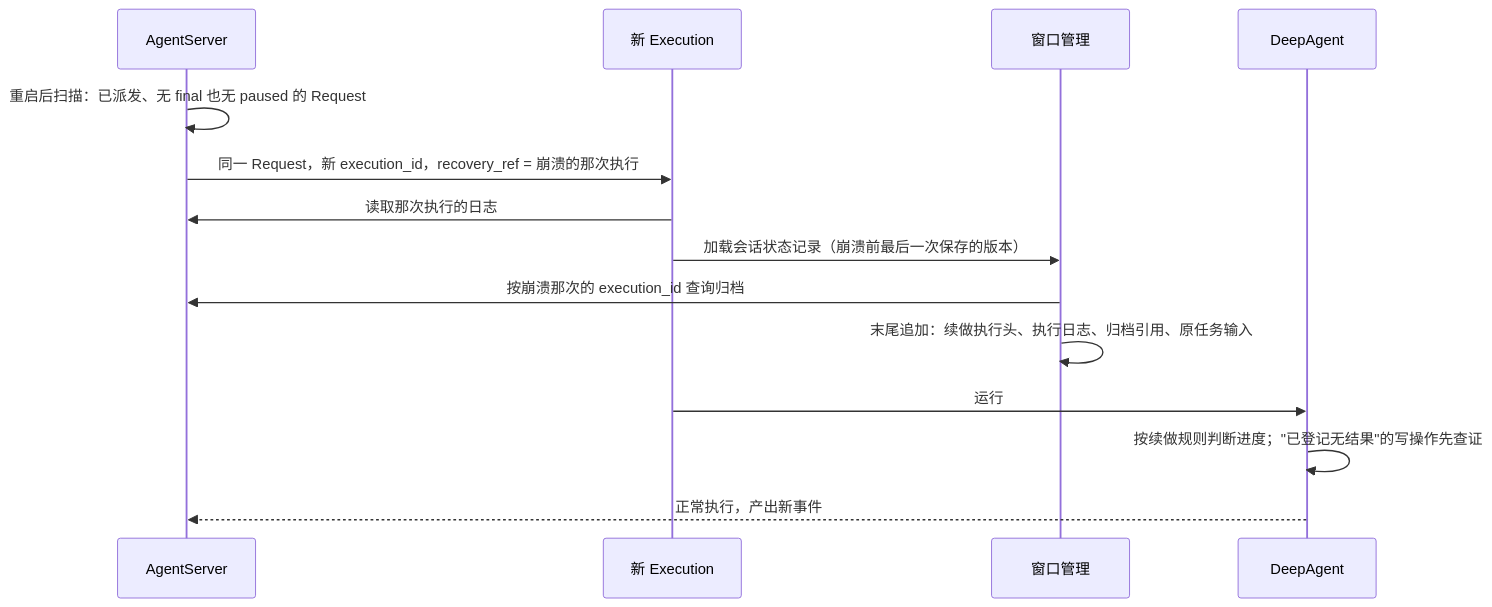
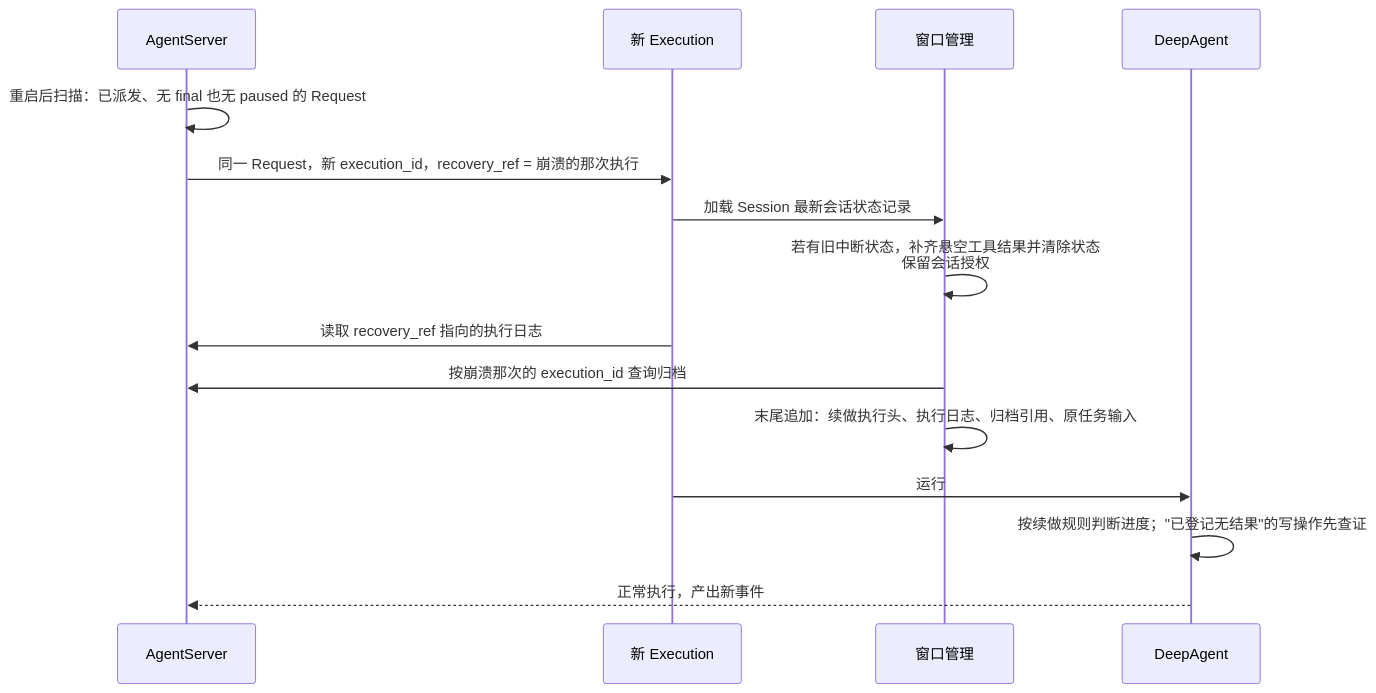
The fifth of 5 diagrams in openjiuwen/harness/persistent_agent/docs/designs/persistent-agent-design-v2.md (openJiuwen-ai/agent-core), drawn with Mermaid before and after one commit. The commit also changed other lines of this file and 1 other file, not shown here.

````diff
--- a/openjiuwen/harness/persistent_agent/docs/designs/persistent-agent-design-v2.md
+++ b/openjiuwen/harness/persistent_agent/docs/designs/persistent-agent-design-v2.md
@@ -683,16 +751,17 @@
 ```mermaid
 sequenceDiagram
     participant H as AgentServer
     participant E as 新 Execution
     participant M as 窗口管理
     participant A as DeepAgent
     H->>H: 重启后扫描：已派发、无 final 也无 paused 的 Request
     H->>E: 同一 Request，新 execution_id，recovery_ref = 崩溃的那次执行
-    E->>H: 读取那次执行的日志
-    E->>M: 加载会话状态记录（崩溃前最后一次保存的版本）
+    E->>M: 加载 Session 最新会话状态记录
+    M->>M: 若有旧中断状态，补齐悬空工具结果并清除状态<br/>保留会话授权
+    E->>H: 读取 recovery_ref 指向的执行日志
     M->>H: 按崩溃那次的 execution_id 查询归档
     M->>M: 末尾追加：续做执行头、执行日志、归档引用、原任务输入
     E->>A: 运行
     A->>A: 按续做规则判断进度；"已登记无结果"的写操作先查证
     A-->>H: 正常执行，产出新事件
 ```
````
